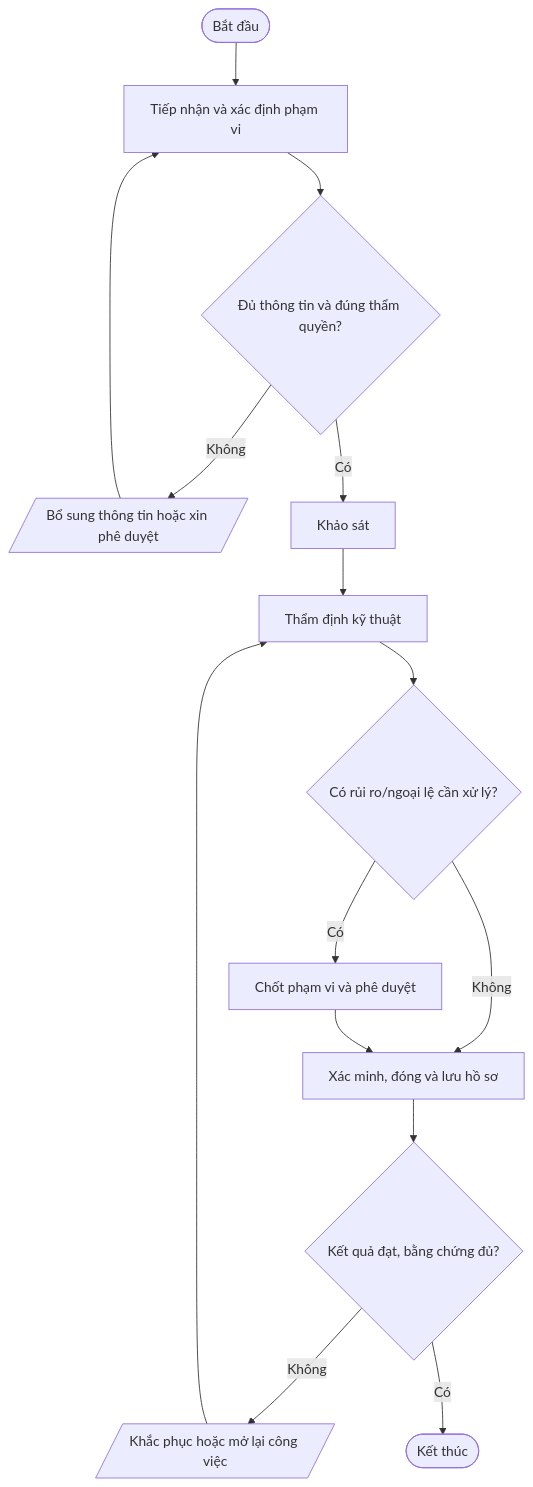
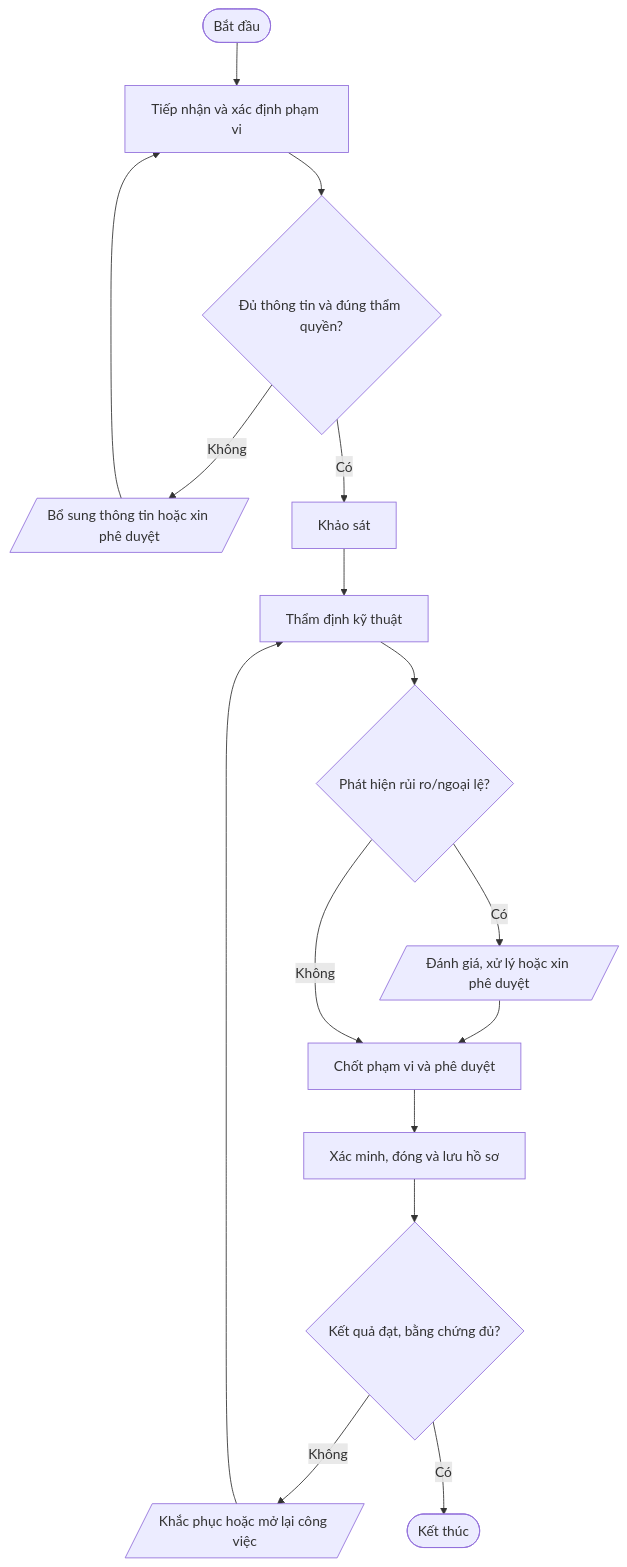
Before and after one commit to daoaigiangnam/Quy_Trinh_Chuan: the first of 9 diagrams in quy-trinh/02-Van-hanh-IT/README.md, drawn with Mermaid. The commit also changed other lines of this file, not shown here.

Commit message:
docs: correct procedure flowchart decision paths

````diff
--- a/quy-trinh/02-Van-hanh-IT/README.md
+++ b/quy-trinh/02-Van-hanh-IT/README.md
@@ -55,17 +55,18 @@
 ```mermaid
 flowchart TD
   A([Bắt đầu]) --> S1["Tiếp nhận và xác định phạm vi"]
   S1 --> D1{"Đủ thông tin và đúng thẩm quyền?"}
   D1 -- Không --> F1[/"Bổ sung thông tin hoặc xin phê duyệt"/]
   F1 --> S1
   D1 -- Có --> S2["Khảo sát"]
   S2 --> S3["Thẩm định kỹ thuật"]
-  S3 --> D2{"Có rủi ro/ngoại lệ cần xử lý?"}
-  D2 -- Có --> S4["Chốt phạm vi và phê duyệt"]
-  D2 -- Không --> S5["Xác minh, đóng và lưu hồ sơ"]
-  S4 --> S5
+  S3 --> D2{"Phát hiện rủi ro/ngoại lệ?"}
+  D2 -- Có --> RISK[/"Đánh giá, xử lý hoặc xin phê duyệt"/]
+  RISK --> S4["Chốt phạm vi và phê duyệt"]
+  D2 -- Không --> S4
+  S4 --> S5["Xác minh, đóng và lưu hồ sơ"]
   S5 --> D3{"Kết quả đạt, bằng chứng đủ?"}
   D3 -- Không --> R[/"Khắc phục hoặc mở lại công việc"/]
   R --> S3
   D3 -- Có --> Z([Kết thúc])
 ```
````
